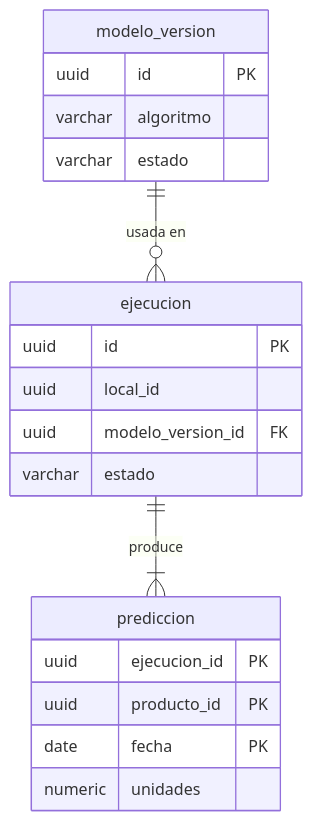
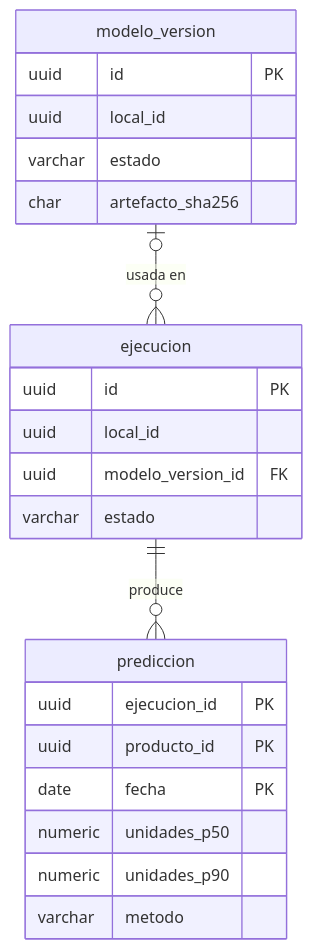
Before and after one commit to JCHUIZ10/RestaurantCloud_AI_backend: the diagram in doc-2u/servicios/ms-pronostico.md, drawn with Mermaid. The commit also changed other lines of this file and 4 other files, not shown here.

````diff
--- a/doc-2u/servicios/ms-pronostico.md
+++ b/doc-2u/servicios/ms-pronostico.md
@@ -21,22 +21,25 @@
 ```mermaid
 erDiagram
-    modelo_version ||--o{ ejecucion : "usada en"
-    ejecucion ||--|{ prediccion : produce
+    modelo_version |o--o{ ejecucion : "usada en"
+    ejecucion ||--o{ prediccion : produce
     modelo_version {
         uuid id PK
-        varchar algoritmo
+        uuid local_id
         varchar estado
+        char artefacto_sha256
     }
     ejecucion {
         uuid id PK
         uuid local_id
         uuid modelo_version_id FK
         varchar estado
     }
     prediccion {
         uuid ejecucion_id PK
         uuid producto_id PK
         date fecha PK
-        numeric unidades
+        numeric unidades_p50
+        numeric unidades_p90
+        varchar metodo
     }
 ```
````
